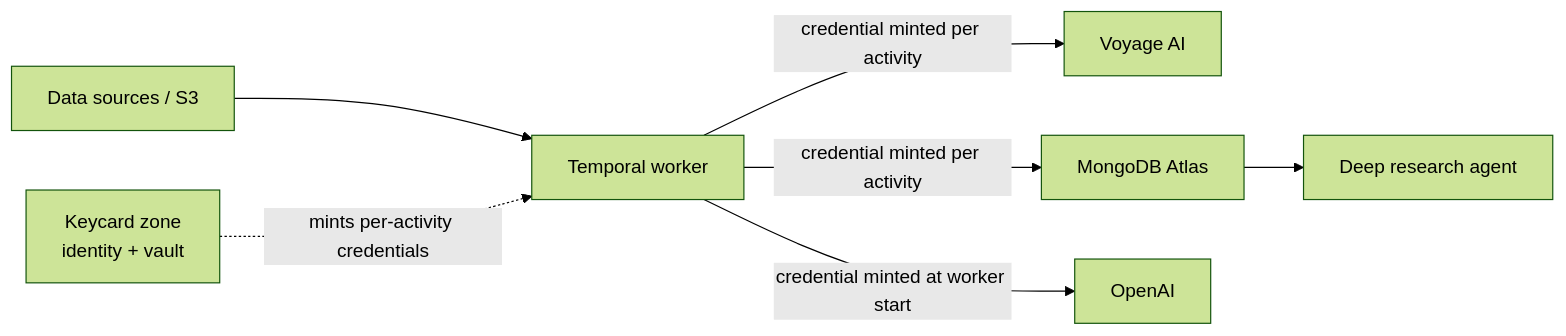
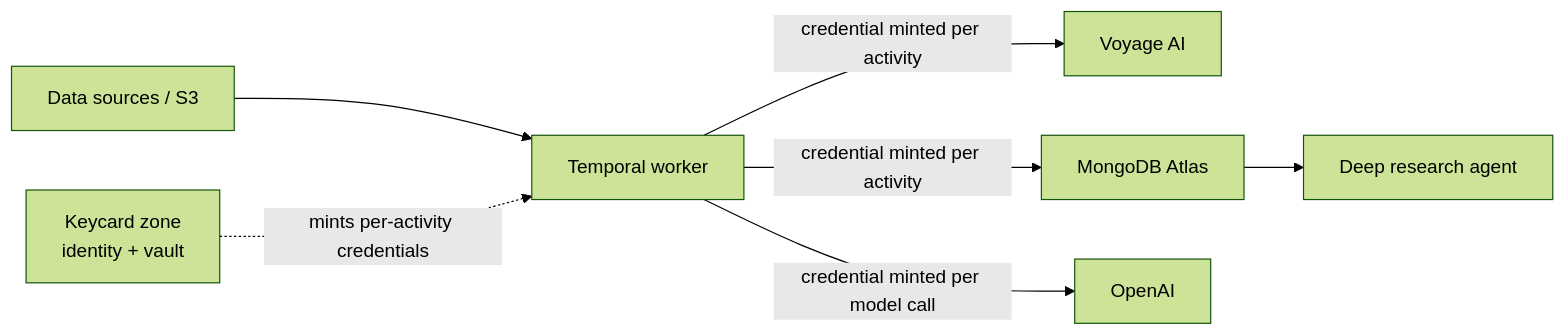
One commit to Larry-Osakwe/mdb-temporal-keycard changed the second of 2 diagrams in README.md. Above: the diagram before and after it, drawn with Mermaid (forest theme). The commit also changed other lines of this file and 3 other files, not shown here.

First line of the commit message:
OpenAI key mints per model call through KeycardOpenAIProvider

````diff
--- a/README.md
+++ b/README.md
@@ -222,9 +223,9 @@
 ```mermaid
 flowchart LR
     S[Data sources / S3] --> T[Temporal worker]
     KC[Keycard zone<br/>identity + vault] -. "mints per-activity credentials" .-> T
     T -- "credential minted per activity" --> V[Voyage AI]
     T -- "credential minted per activity" --> A[MongoDB Atlas]
-    T -- "credential minted at worker start" --> O[OpenAI]
+    T -- "credential minted per model call" --> O[OpenAI]
     A --> AG[Deep research agent]
 ```
````
